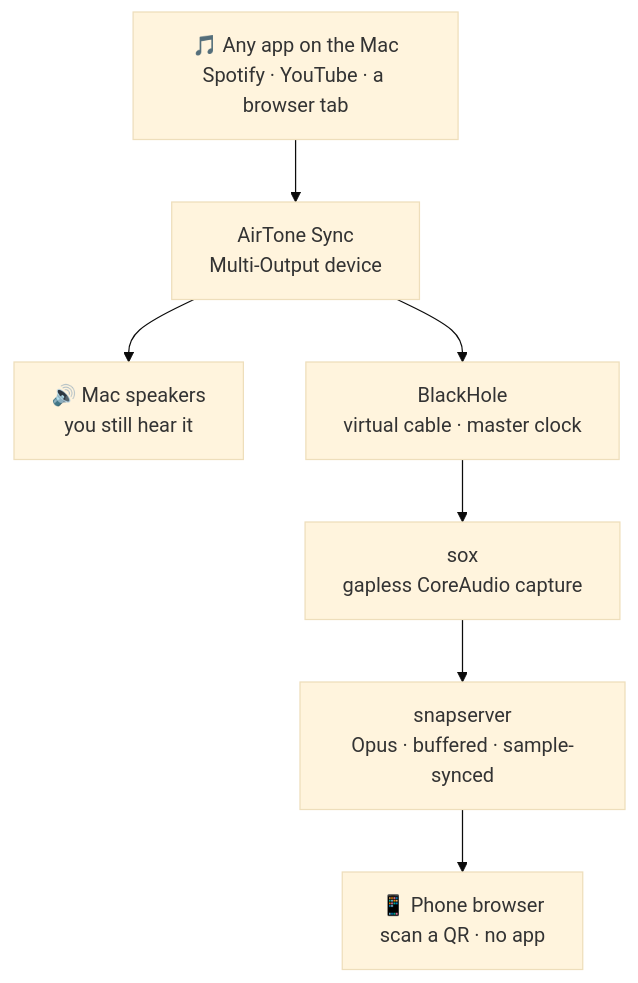
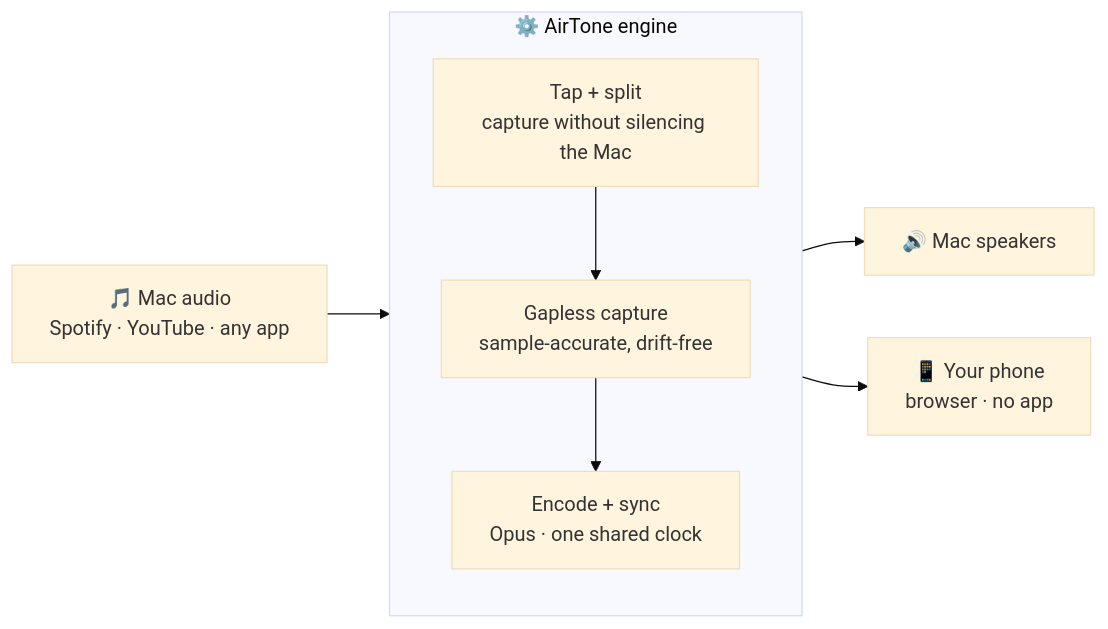
Before and after one commit to sait-turanalp/airtone: the diagram in README.md, drawn with Mermaid (base theme). The commit also changed other lines of this file, not shown here.

Commit message:
docs(readme): present AirTone as a single unified engine

````diff
--- a/README.md
+++ b/README.md
@@ -77,9 +79,13 @@
 ```mermaid
-flowchart TD
-  A["🎵 Any app on the Mac<br/>Spotify · YouTube · a browser tab"] --> B["AirTone Sync<br/>Multi-Output device"]
-  B --> C["🔊 Mac speakers<br/>you still hear it"]
-  B --> D["BlackHole<br/>virtual cable · master clock"]
-  D --> E["sox<br/>gapless CoreAudio capture"]
-  E --> F["snapserver<br/>Opus · buffered · sample-synced"]
-  F --> G["📱 Phone browser<br/>scan a QR · no app"]
+flowchart LR
+  SRC["🎵 Mac audio<br/>Spotify · YouTube · any app"] --> E
+  subgraph E ["⚙️ AirTone engine"]
+    direction TB
+    T["Tap + split<br/>capture without silencing the Mac"]
+    C["Gapless capture<br/>sample-accurate, drift-free"]
+    S["Encode + sync<br/>Opus · one shared clock"]
+    T --> C --> S
+  end
+  E --> SPK["🔊 Mac speakers"]
+  E --> PH["📱 Your phone<br/>browser · no app"]
 ```
````
